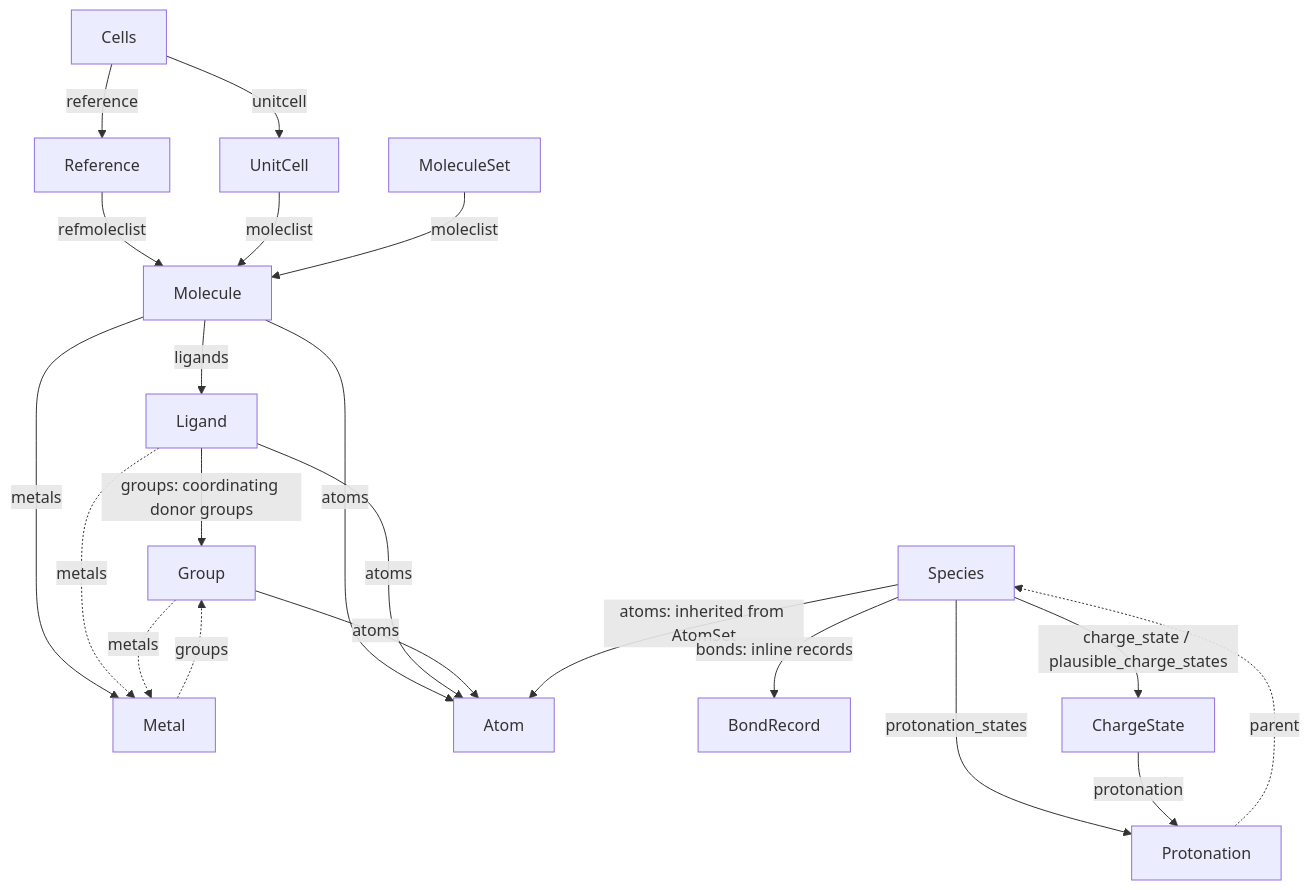
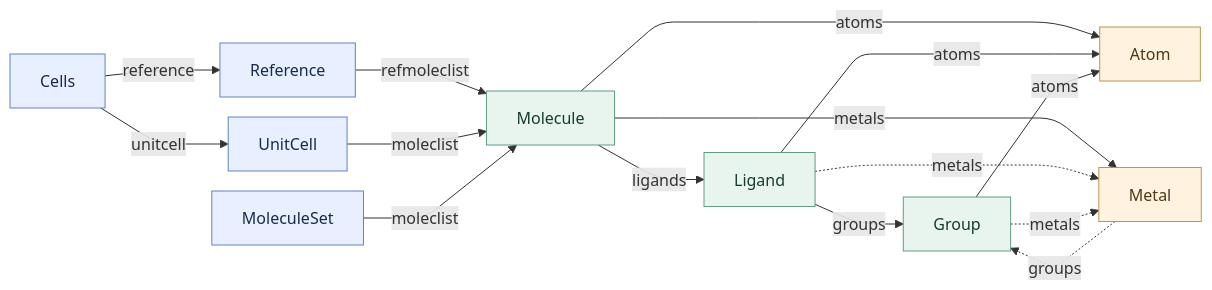
Before and after one commit to lcmd-epfl/cell2mol: the first of 2 diagrams in cell2mol/classes/README.md, drawn with Mermaid. The commit also changed other lines of this file and 1 other file, not shown here.

Commit message:
docs: refine class and charge READMEs

````diff
--- a/cell2mol/classes/README.md
+++ b/cell2mol/classes/README.md
@@ -56,23 +58,25 @@
 ```mermaid
-flowchart TD
+%%{init: {"flowchart": {"nodeSpacing": 20, "rankSpacing": 35, "curve": "rounded"}}}%%
+flowchart LR
     Cells -->|reference| Reference
     Cells -->|unitcell| UnitCell
     Reference -->|refmoleclist| Molecule
     UnitCell -->|moleclist| Molecule
     MoleculeSet -->|moleclist| Molecule
     Molecule -->|ligands| Ligand
     Molecule -->|metals| Metal
     Molecule -->|atoms| Atom
-    Ligand -->|groups: coordinating donor groups| Group
+    Ligand -->|groups| Group
     Ligand -->|atoms| Atom
     Group -->|atoms| Atom
     Metal -.->|groups| Group
     Ligand -.->|metals| Metal
     Group -.->|metals| Metal
-    Species -->|atoms: inherited from AtomSet| Atom
-    Species -->|bonds: inline records| BondRecord
-    Species -->|protonation_states| Protonation
-    Species -->|charge_state / plausible_charge_states| ChargeState
-    ChargeState -->|protonation| Protonation
-    Protonation -.->|parent| Species
+
+    classDef container fill:#e8efff,stroke:#6483bd,color:#172b4d
+    classDef fragment fill:#e8f5ef,stroke:#639b80,color:#183c2c
+    classDef atom fill:#fff3df,stroke:#bb9455,color:#503716
+    class Cells,Reference,UnitCell,MoleculeSet container
+    class Molecule,Ligand,Group fragment
+    class Atom,Metal atom
 ```
````
